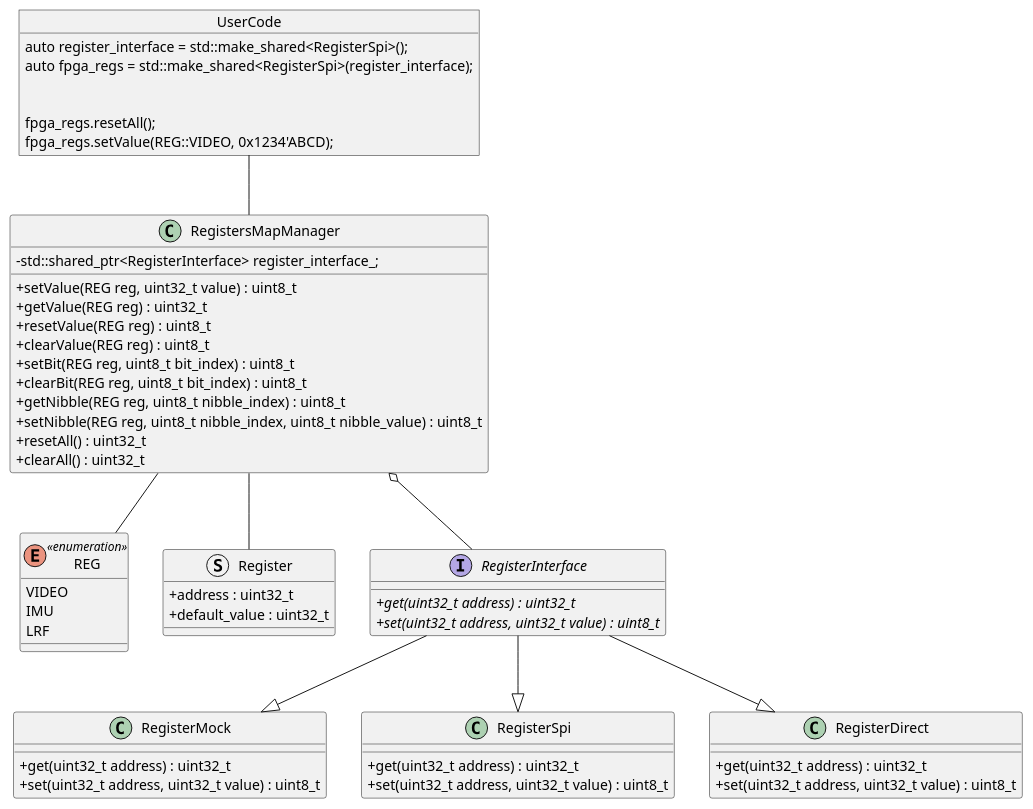
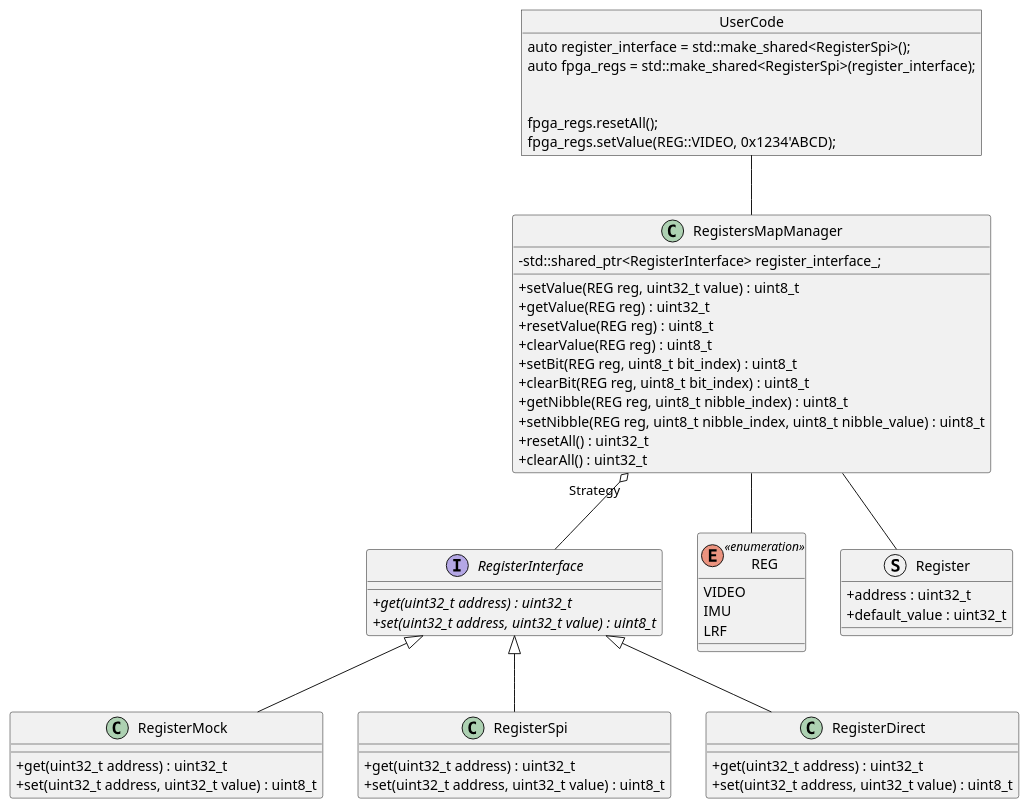
Before and after one commit to shalex88/regmap-manager: the diagram in docs/regmap-manager.puml, drawn with PlantUML.

Commit message:
Update UML

```diff
--- a/docs/regmap-manager.puml
+++ b/docs/regmap-manager.puml
@@ -1,71 +1,70 @@
 @startuml reg-manager
 'https://plantuml.com/class-diagram
 skinparam classAttributeIconSize 0
 
 'Classes
 enum REG <<enumeration>> {
     VIDEO
     IMU
     LRF
 }
 
 struct Register {
     +address : uint32_t
     +default_value : uint32_t
 }
 
 class RegistersMapManager {
     -std::shared_ptr<RegisterInterface> register_interface_;
     +setValue(REG reg, uint32_t value) : uint8_t
     +getValue(REG reg) : uint32_t
     +resetValue(REG reg) : uint8_t
     +clearValue(REG reg) : uint8_t
     +setBit(REG reg, uint8_t bit_index) : uint8_t
     +clearBit(REG reg, uint8_t bit_index) : uint8_t
     +getNibble(REG reg, uint8_t nibble_index) : uint8_t
     +setNibble(REG reg, uint8_t nibble_index, uint8_t nibble_value) : uint8_t
     +resetAll() : uint32_t
     +clearAll() : uint32_t
 }
 
 interface RegisterInterface {
     +{abstract} get(uint32_t address) : uint32_t
     +{abstract} set(uint32_t address, uint32_t value) : uint8_t
 }
 
 class RegisterMock {
     +get(uint32_t address) : uint32_t
     +set(uint32_t address, uint32_t value) : uint8_t
 }
 
 class RegisterSpi {
     +get(uint32_t address) : uint32_t
     +set(uint32_t address, uint32_t value) : uint8_t
 }
 
 class RegisterDirect {
     +get(uint32_t address) : uint32_t
     +set(uint32_t address, uint32_t value) : uint8_t
 }
 
 object UserCode {
     auto register_interface = std::make_shared<RegisterSpi>();
     auto fpga_regs = std::make_shared<RegisterSpi>(register_interface);
     \n
     fpga_regs.resetAll();
     fpga_regs.setValue(REG::VIDEO, 0x1234'ABCD);
 }
 
 'Relations
 UserCode -- RegistersMapManager
-RegistersMapManager o-- RegisterInterface
+RegistersMapManager "Strategy" o-- RegisterInterface
 RegistersMapManager -- Register
 RegistersMapManager -- REG
-RegisterInterface --|> RegisterMock
-RegisterInterface --|> RegisterSpi
-RegisterInterface --|> RegisterDirect
-
+RegisterMock -up-|> RegisterInterface
+RegisterSpi -up-|> RegisterInterface
+RegisterDirect -up-|> RegisterInterface
 
 'Notes
 
 @enduml
```
